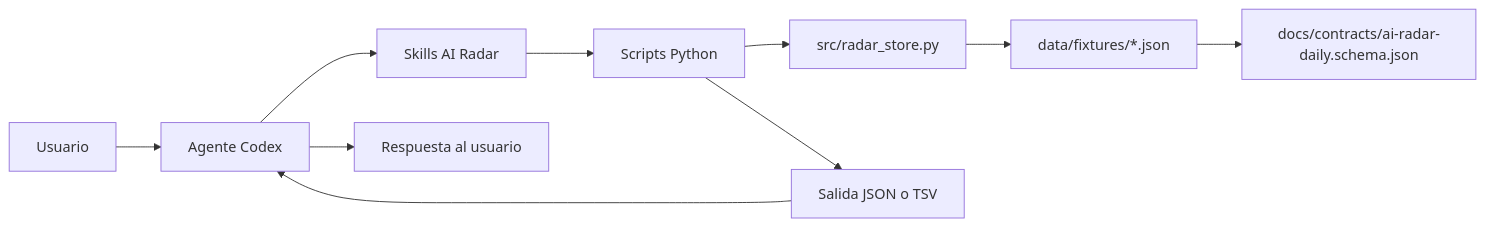
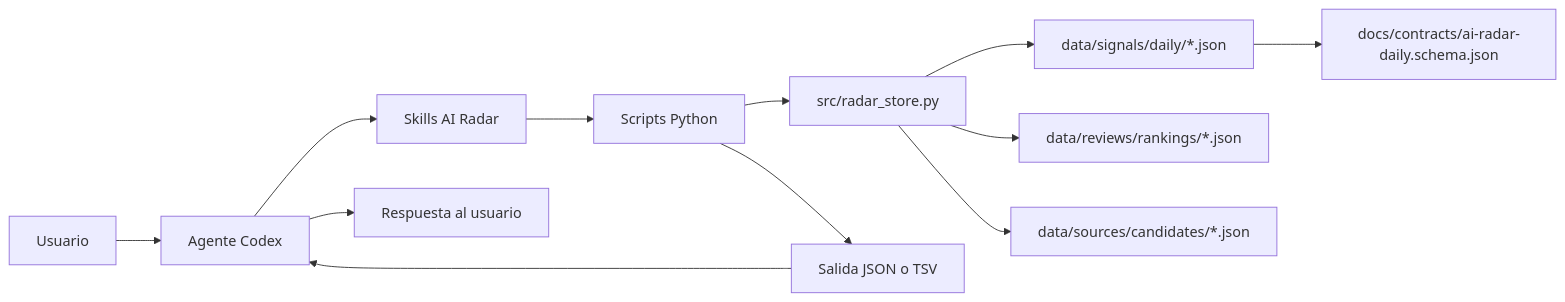
The first of 7 diagrams in docs/ai-radar-operating-model.md (PedroHincapie/codex-), drawn with Mermaid before and after one commit. The commit also changed other lines of this file and 26 other files, not shown here.

````diff
--- a/docs/ai-radar-operating-model.md
+++ b/docs/ai-radar-operating-model.md
@@ -22,12 +22,14 @@
 ```mermaid
 flowchart LR
   User[Usuario] --> Agent[Agente Codex]
   Agent --> Skills[Skills AI Radar]
   Skills --> Tools[Scripts Python]
   Tools --> Store[src/radar_store.py]
-  Store --> Fixtures[data/fixtures/*.json]
-  Fixtures --> Contract[docs/contracts/ai-radar-daily.schema.json]
+  Store --> Daily[data/signals/daily/*.json]
+  Store --> Reviews[data/reviews/rankings/*.json]
+  Store --> Sources[data/sources/candidates/*.json]
+  Daily --> Contract[docs/contracts/ai-radar-daily.schema.json]
   Tools --> Report[Salida JSON o TSV]
   Agent --> Response[Respuesta al usuario]
   Report --> Agent
 ```
````
